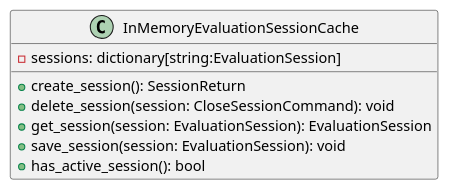
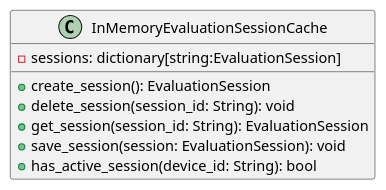
The diagram in src/PB/DocumentazioneEsterna/Specifica_Tecnica/content/uml/puml/Diagrammi_classi/Backend/OutboundAdapters/InMemoryEvaluationSessionCache.puml (GroupRubberDuck/Documentazione), drawn with PlantUML before and after one commit. The commit also changed 74 other files, not shown here.

Commit message:
Feat: applicate correzioni a tutti i diagrammi con le indicazioni di Cardin, riordino cartella

```diff
--- a/src/PB/DocumentazioneEsterna/Specifica_Tecnica/content/uml/puml/Diagrammi_classi/Backend/OutboundAdapters/InMemoryEvaluationSessionCache.puml
+++ b/src/PB/DocumentazioneEsterna/Specifica_Tecnica/content/uml/puml/Diagrammi_classi/Backend/OutboundAdapters/InMemoryEvaluationSessionCache.puml
@@ -1,12 +1,12 @@
 @startuml InMemoryEvaluationSessionCache
 
 class InMemoryEvaluationSessionCache {
     - sessions: dictionary[string:EvaluationSession]
-    + create_session(): SessionReturn
-    + delete_session(session: CloseSessionCommand): void
-    + get_session(session: EvaluationSession): EvaluationSession
+    + create_session(): EvaluationSession
+    + delete_session(session_id: String): void
+    + get_session(session_id: String): EvaluationSession
     + save_session(session: EvaluationSession): void
-    + has_active_session(): bool
+    + has_active_session(device_id: String): bool
 }
 
 @enduml
```
